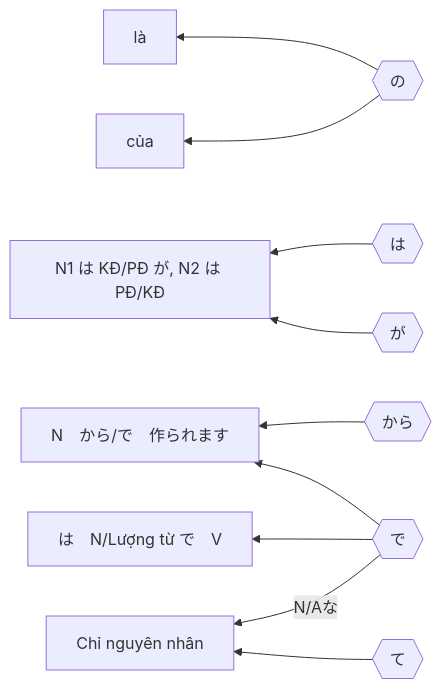
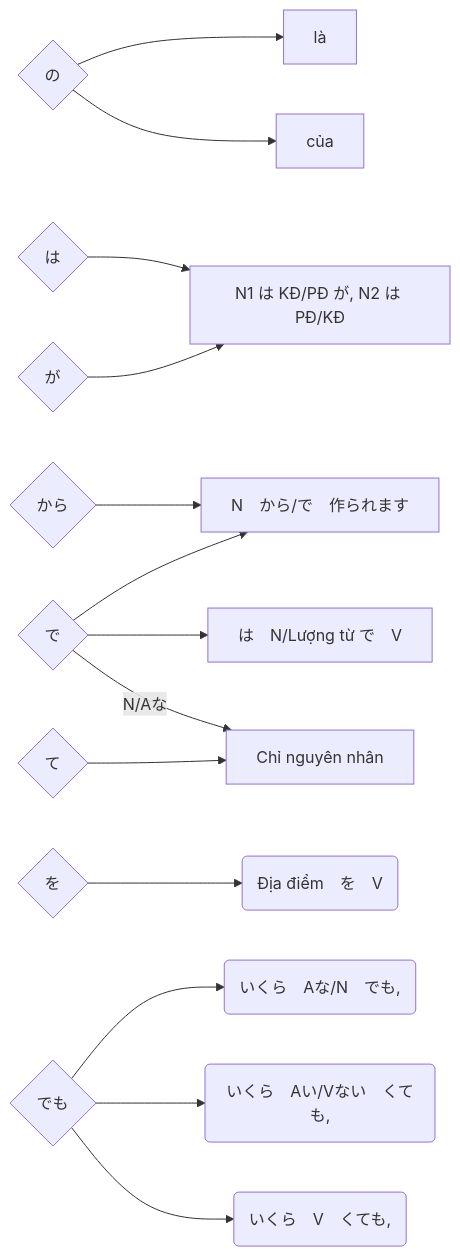
The diagram in Tro_Tu_graph.md (tea1504/learn), drawn with Mermaid before and after one commit. The commit also changed 32 other files, not shown here.

````diff
--- a/Tro_Tu_graph.md
+++ b/Tro_Tu_graph.md
@@ -1,19 +1,25 @@
 ```mermaid
-graph RL;
-    no{{の}}
-    ha{{は}}
-    ga{{が}}
-    kara{{から}}
-    de{{で}}
-    te{{て}}
+graph LR;
+    no{の}
+    ha{は}
+    ga{が}
+    kara{から}
+    de{で}
+    te{て}
+    wo{を}
+    demo{でも}
     no-->là
     no-->của
     doiSanh[N1 は KĐ/PĐ が, N2 は PĐ/KĐ]
     ha-->doiSanh
     ga-->doiSanh
     kara-->tao[N　から/で　作られます]
     de-->tao
     de-->tamTrongVong[は　N/Lượng từ で　V]
     te-->nguyenNhan[Chỉ nguyên nhân]
     de-->|N/Aな|nguyenNhan
+	wo-->qua(Địa điểm　を　V)
+	demo-->choDu1(いくら　Aな/N　でも,)
+	demo-->choDu2(いくら　Aい/Vない　くても,)
+	demo-->choDu3(いくら　V　くても,)
 ```
````
